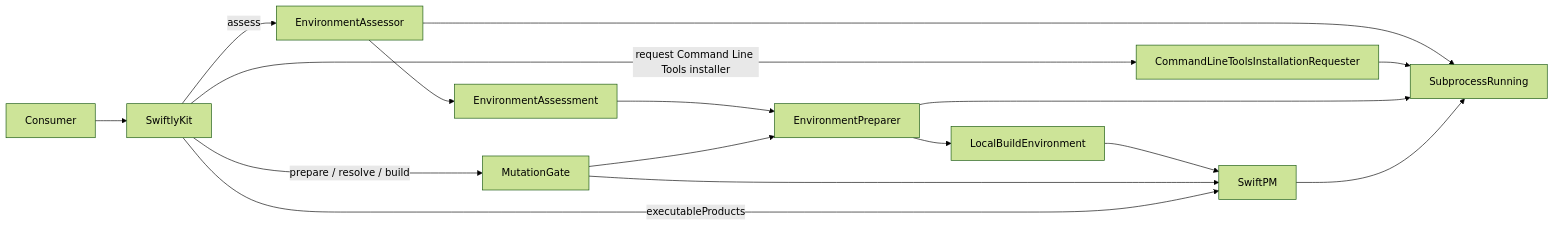
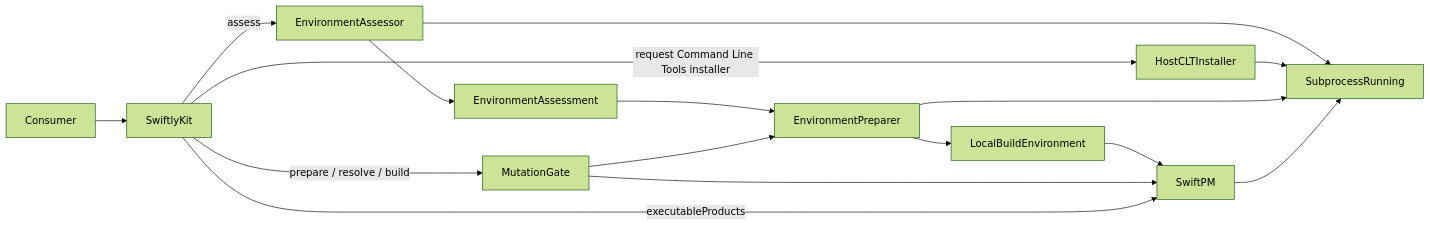
One commit to mottzi/SwiftlyKit changed the diagram in Documentation/Architecture.md. Above: the diagram before and after it, drawn with Mermaid (forest theme). The commit also changed other lines of this file and 16 other files, not shown here.

````diff
--- a/Documentation/Architecture.md
+++ b/Documentation/Architecture.md
@@ -7,18 +7,18 @@
 ```mermaid
 flowchart LR
     Consumer --> Facade[SwiftlyKit]
-    Facade -->|request Command Line Tools installer| Requester[CommandLineToolsInstallationRequester]
+    Facade -->|request Command Line Tools installer| Requester[HostCLTInstaller]
     Facade -->|assess| Assessor[EnvironmentAssessor]
     Assessor --> Assessment[EnvironmentAssessment]
     Assessment --> Preparer[EnvironmentPreparer]
     Preparer --> Environment[LocalBuildEnvironment]
     Environment --> SwiftPM
     Facade -->|prepare / resolve / build| Gate[MutationGate]
     Gate --> Preparer
     Gate --> SwiftPM
     Facade -->|executableProducts| SwiftPM
     Assessor --> Process[SubprocessRunning]
     Requester --> Process
     Preparer --> Process
     SwiftPM --> Process
 ```
````
